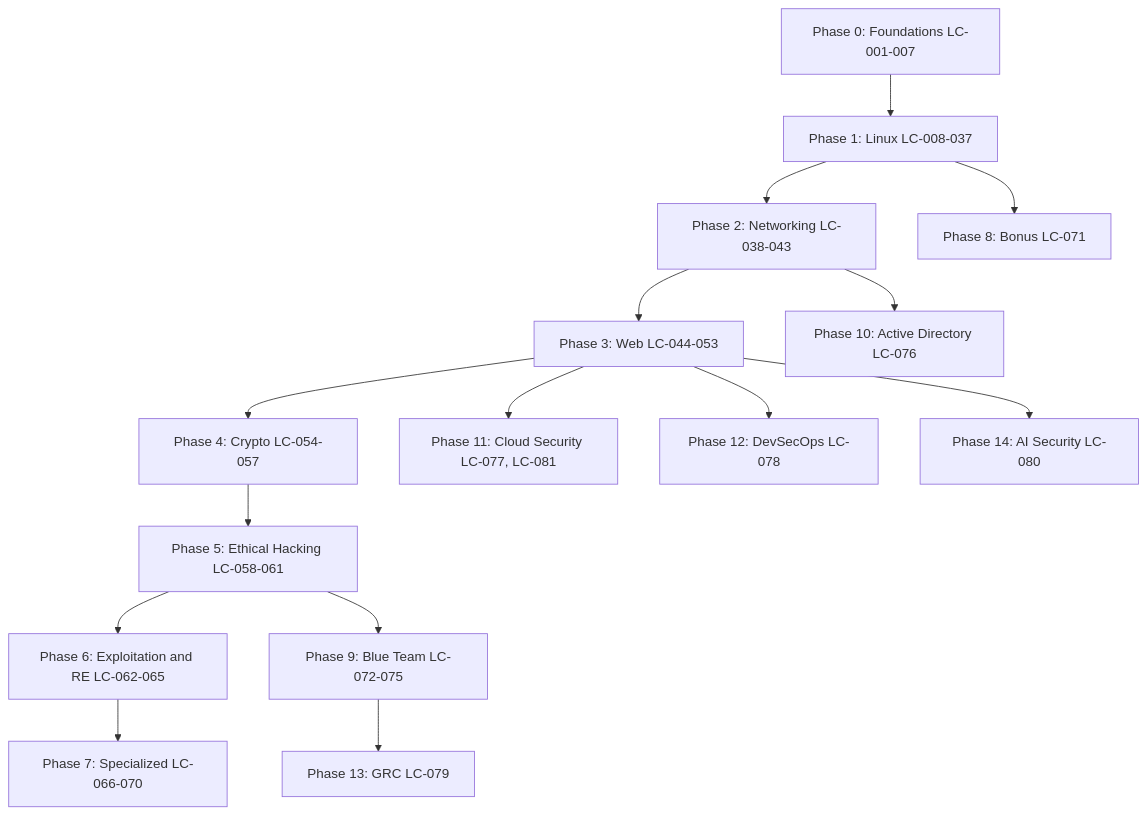
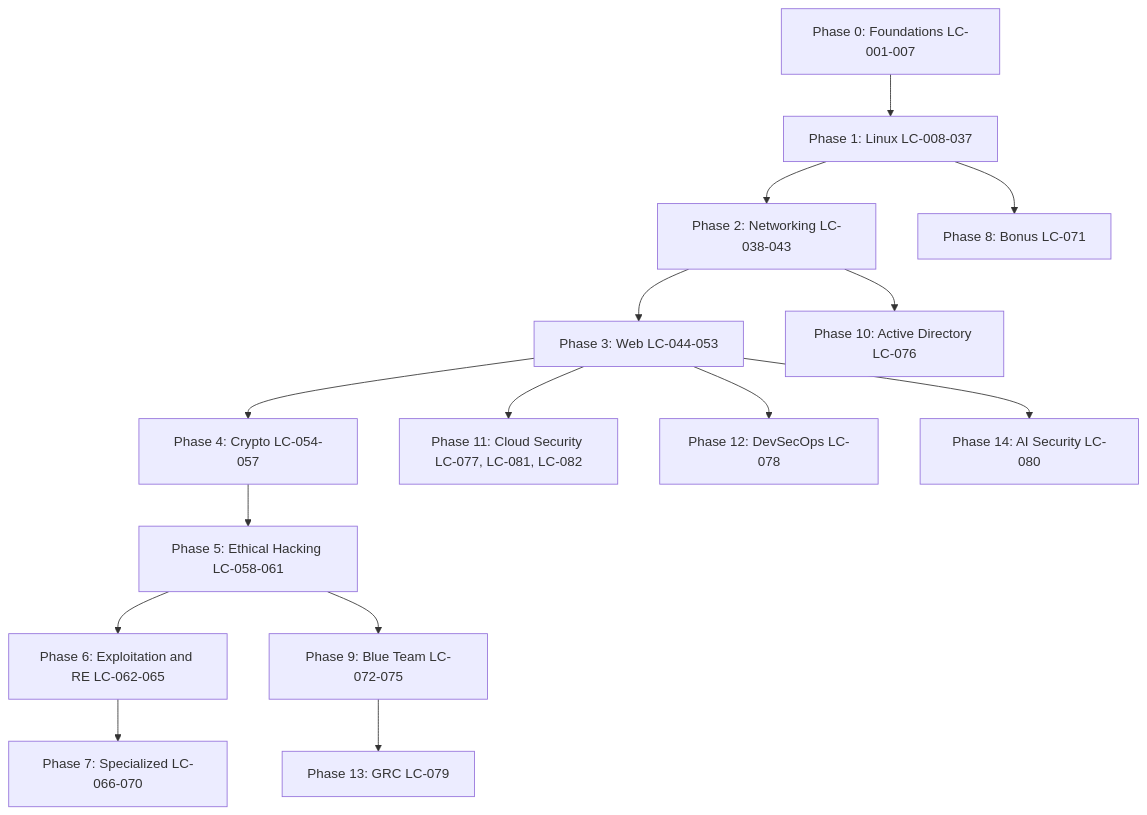
One commit to Kodokthegr3at/Zero2Root changed the diagram in ROADMAP.md. Above: the diagram before and after it, drawn with Mermaid. The commit also changed other lines of this file and 16 other files, not shown here.

Commit message:
Add LC-082 Kubernetes Security (id/en/ja) to Phase 11

````diff
--- a/ROADMAP.md
+++ b/ROADMAP.md
@@ -21,17 +21,17 @@
 ```mermaid
 flowchart TD
     P0[Phase 0: Foundations LC-001-007] --> P1[Phase 1: Linux LC-008-037]
     P1 --> P2[Phase 2: Networking LC-038-043]
     P2 --> P3[Phase 3: Web LC-044-053]
     P3 --> P4[Phase 4: Crypto LC-054-057]
     P4 --> P5[Phase 5: Ethical Hacking LC-058-061]
     P5 --> P6[Phase 6: Exploitation and RE LC-062-065]
     P6 --> P7[Phase 7: Specialized LC-066-070]
     P1 --> P8[Phase 8: Bonus LC-071]
     P5 --> P9[Phase 9: Blue Team LC-072-075]
     P2 --> P10[Phase 10: Active Directory LC-076]
-    P3 --> P11[Phase 11: Cloud Security LC-077, LC-081]
+    P3 --> P11[Phase 11: Cloud Security LC-077, LC-081, LC-082]
     P3 --> P12[Phase 12: DevSecOps LC-078]
     P9 --> P13[Phase 13: GRC LC-079]
     P3 --> P14[Phase 14: AI Security LC-080]
 ```
````
